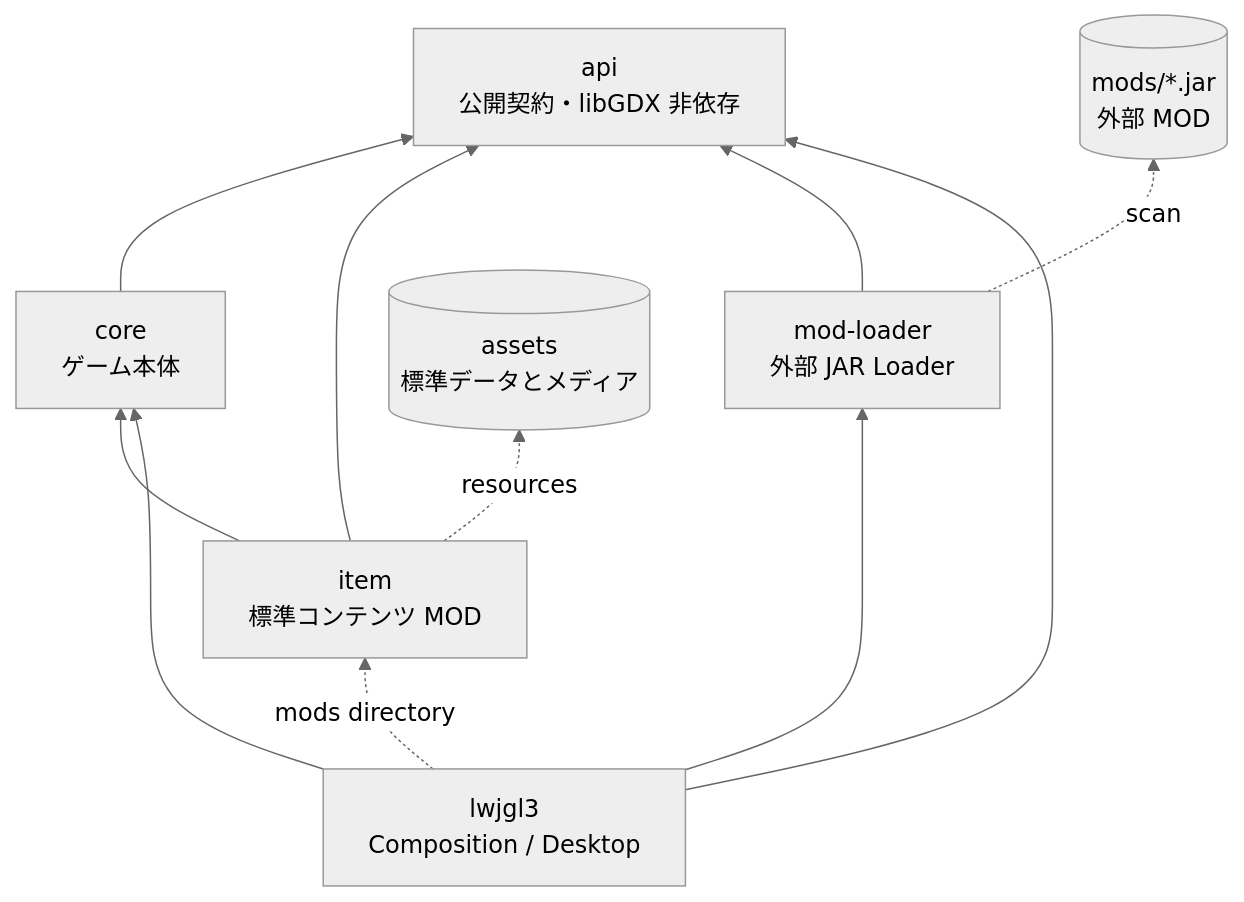
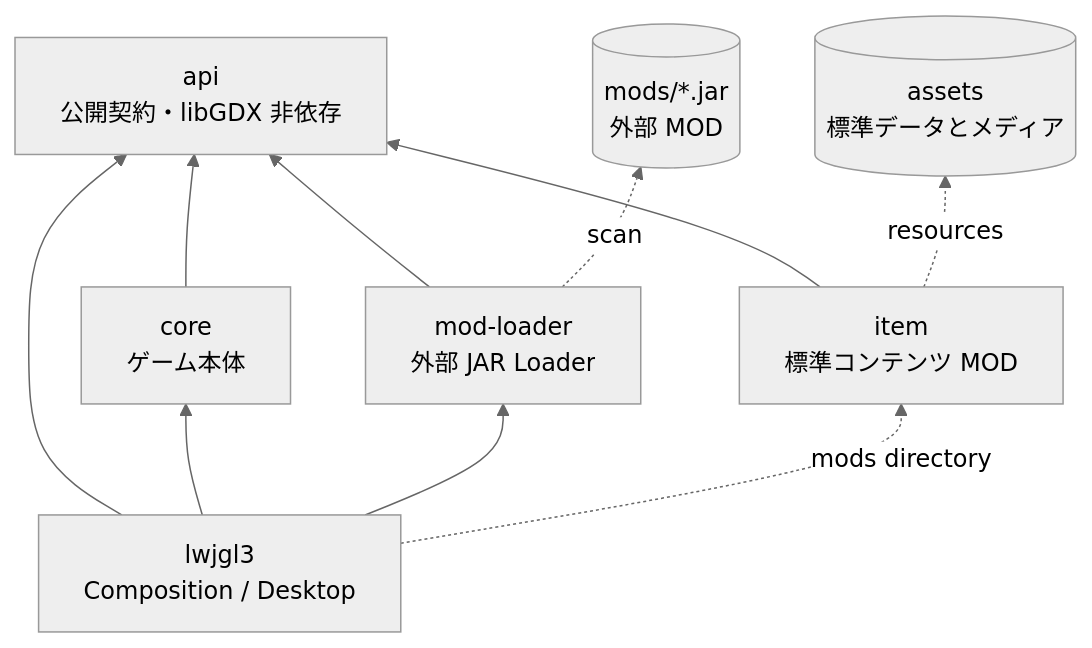
One commit to takoyaki3466/MojiBattleEX changed the first of 6 diagrams in README.md. Above: the diagram before and after it, drawn with Mermaid (neutral theme). The commit also changed other lines of this file and 297 other files, not shown here.

````diff
--- a/README.md
+++ b/README.md
@@ -111,21 +111,20 @@
 ```mermaid
 flowchart BT
     API[api<br/>公開契約・libGDX 非依存]
     CORE[core<br/>ゲーム本体]
     ITEM[item<br/>標準コンテンツ MOD]
     LOADER[mod-loader<br/>外部 JAR Loader]
     DESKTOP[lwjgl3<br/>Composition / Desktop]
     ASSETS[(assets<br/>標準データとメディア)]
     MODS[(mods/*.jar<br/>外部 MOD)]
 
     CORE --> API
     ITEM --> API
-    ITEM --> CORE
     LOADER --> API
     DESKTOP --> API
     DESKTOP --> CORE
     DESKTOP --> LOADER
     DESKTOP -. mods directory .-> ITEM
     ITEM -. resources .-> ASSETS
     LOADER -. scan .-> MODS
 ```
````
